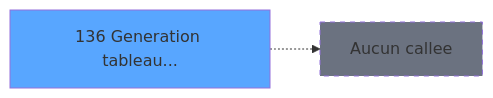
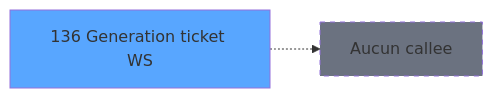
One commit to thonyAGP/lecteur-magic changed the third of 3 diagrams in .openspec/specs/ADH-IDE-136.md. Above: the diagram before and after it, drawn with Mermaid. The commit also changed other lines of this file and 493 other files, not shown here.

````diff
--- a/.openspec/specs/ADH-IDE-136.md
+++ b/.openspec/specs/ADH-IDE-136.md
@@ -305,8 +283,8 @@
 ```mermaid
 graph LR
-    T136[136 Generation tableau...]
+    T136[136 Generation ticket WS]
     style T136 fill:#58a6ff
     NONE[Aucun callee]
     T136 -.-> NONE
     style NONE fill:#6b7280,stroke-dasharray: 5 5
 ```
````
